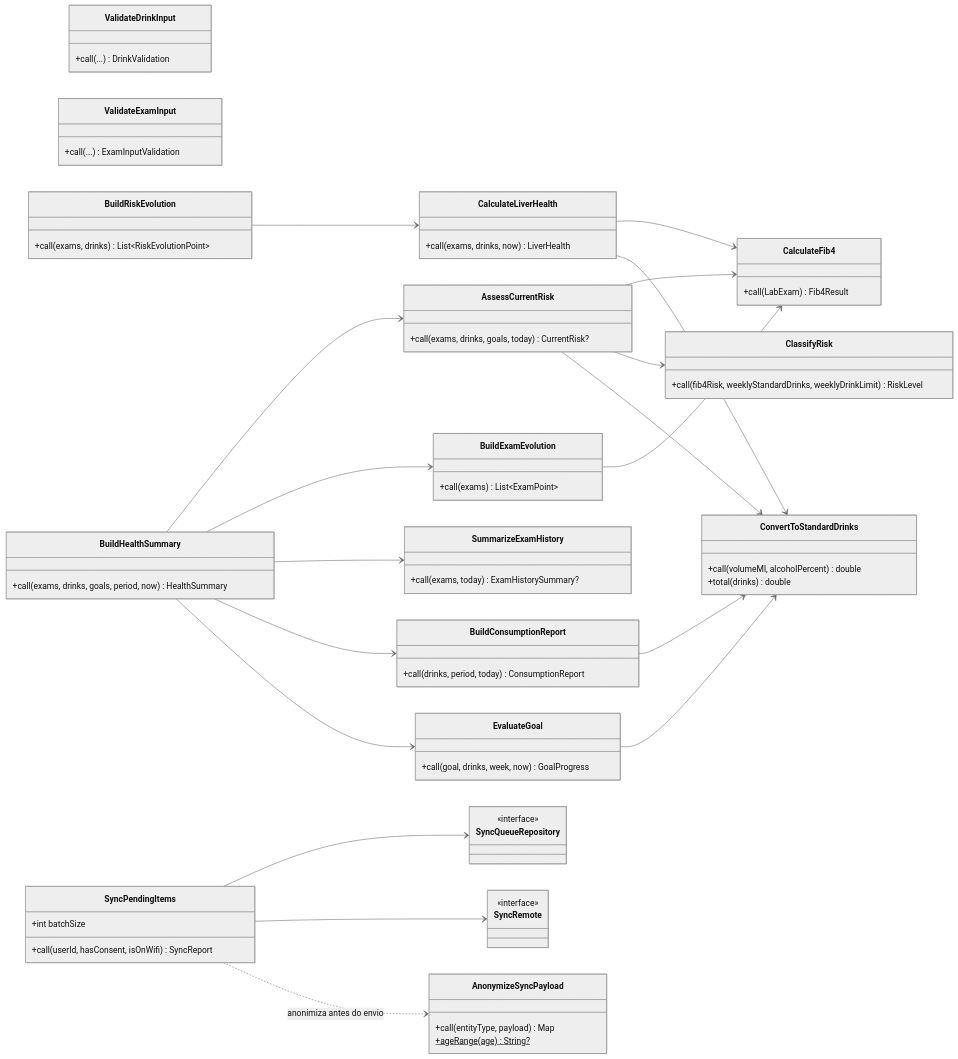
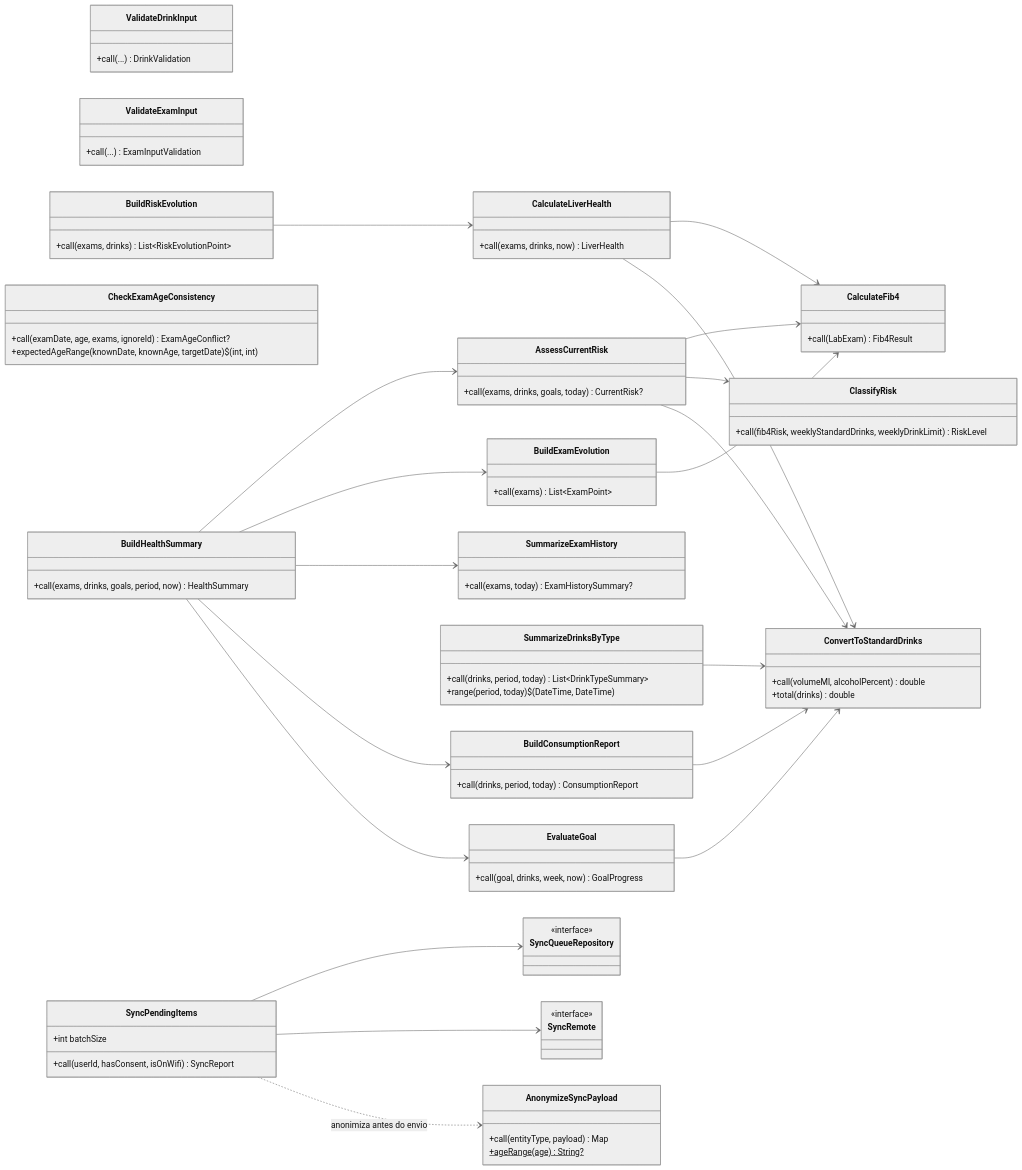
One commit to wiliafsilva/hepatocheck changed the third of 4 diagrams in docs/diagrama-de-classes.md. Above: the diagram before and after it, drawn with Mermaid (neutral theme). The commit also changed other lines of this file and 6 other files, not shown here.

Commit message:
docs: refinamento da semana 4 no fluxo, diagrama de classes, arquitetura, Firestore, justificativas, escopo e requisitos

```diff
--- a/docs/diagrama-de-classes.md
+++ b/docs/diagrama-de-classes.md
@@ -345,6 +348,14 @@
     class SummarizeExamHistory {
         +call(exams, today) ExamHistorySummary?
     }
+    class CheckExamAgeConsistency {
+        +call(examDate, age, exams, ignoreId) ExamAgeConflict?
+        +expectedAgeRange(knownDate, knownAge, targetDate)$ (int, int)
+    }
+    class SummarizeDrinksByType {
+        +call(drinks, period, today) List~DrinkTypeSummary~
+        +range(period, today)$ (DateTime, DateTime)
+    }
     class BuildConsumptionReport {
         +call(drinks, period, today) ConsumptionReport
     }
@@ -371,6 +382,7 @@
     BuildRiskEvolution --> CalculateLiverHealth
     BuildExamEvolution --> CalculateFib4
     BuildConsumptionReport --> ConvertToStandardDrinks
+    SummarizeDrinksByType --> ConvertToStandardDrinks
     EvaluateGoal --> ConvertToStandardDrinks
     BuildHealthSummary --> AssessCurrentRisk
     BuildHealthSummary --> BuildExamEvolution
```
